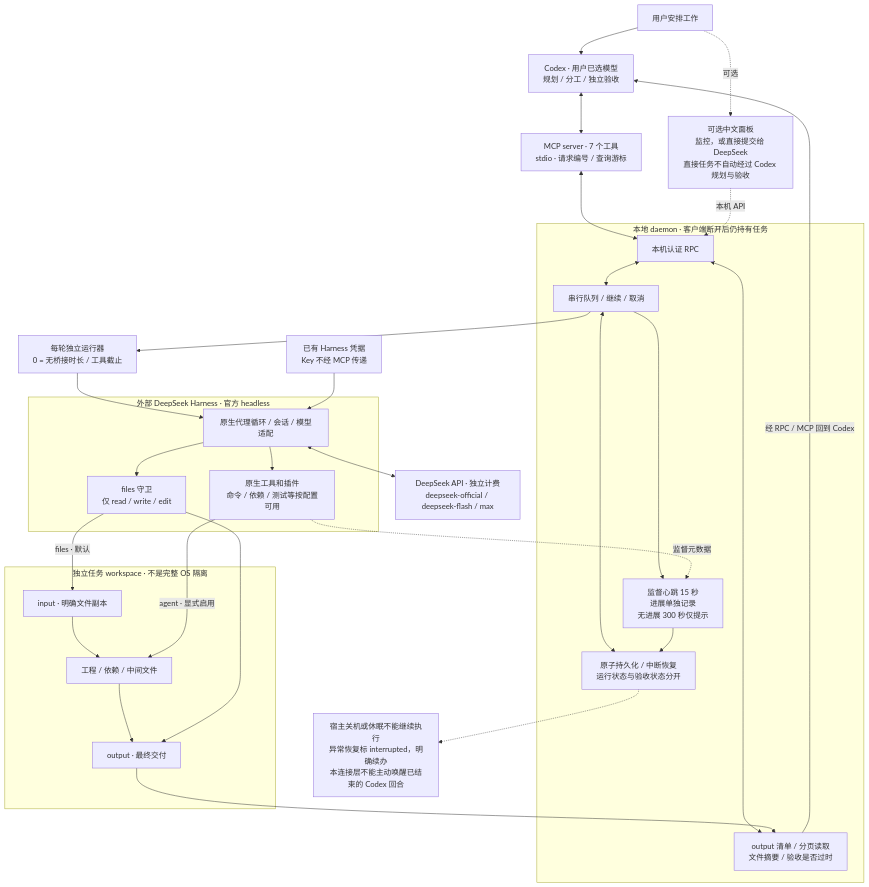
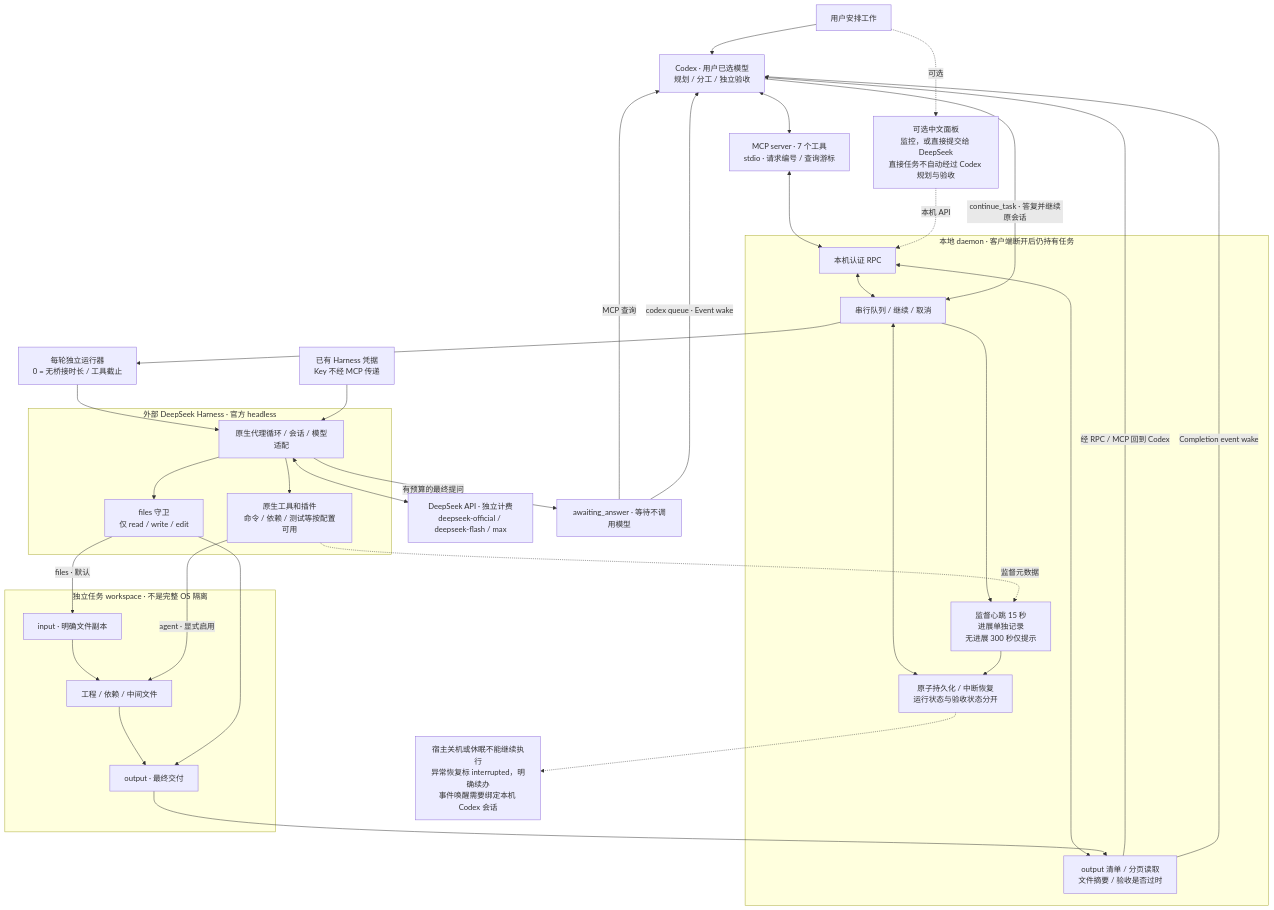
The diagram in docs/architecture.zh-CN.mmd (WiscOBKenobi/codex-deepseek-harness-bridge), drawn with Mermaid before and after one commit. The commit also changed 37 other files, not shown here.

Commit message:
Add bounded DeepSeek questions and event-driven Codex wakeups

```diff
--- a/docs/architecture.zh-CN.mmd
+++ b/docs/architecture.zh-CN.mmd
@@ -1,47 +1,52 @@
 flowchart TB
     user[用户安排工作]
     codex[Codex · 用户已选模型<br/>规划 / 分工 / 独立验收]
     mcp[MCP server · 7 个工具<br/>stdio · 请求编号 / 查询游标]
     ui[可选中文面板<br/>监控，或直接提交给 DeepSeek<br/>直接任务不自动经过 Codex 规划与验收]
     user --> codex
     user -. 可选 .-> ui
     codex <--> mcp
     subgraph daemon[本地 daemon · 客户端断开后仍持有任务]
         rpc[本机认证 RPC]
         queue[串行队列 / 继续 / 取消]
         monitor[监督心跳 15 秒<br/>进展单独记录<br/>无进展 300 秒仅提示]
         state[原子持久化 / 中断恢复<br/>运行状态与验收状态分开]
         result[output 清单 / 分页读取<br/>文件摘要 / 验收是否过时]
         rpc <--> queue
         queue <--> state
         queue --> monitor
         rpc <--> result
     end
     mcp <--> rpc
     ui -. 本机 API .-> rpc
     queue --> runner[每轮独立运行器<br/>0 = 无桥接时长 / 工具截止]
     subgraph harness[外部 DeepSeek Harness · 官方 headless]
         loop[原生代理循环 / 会话 / 模型适配]
         plugins[原生工具和插件<br/>命令 / 依赖 / 测试等按配置可用]
         guard[files 守卫<br/>仅 read / write / edit]
         loop --> plugins
         loop --> guard
     end
     runner --> loop
     loop <--> deepseek[DeepSeek API · 独立计费<br/>deepseek-official / deepseek-flash / max]
     creds[已有 Harness 凭据<br/>Key 不经 MCP 传递] --> loop
     plugins -. 监督元数据 .-> monitor
     subgraph workspace[独立任务 workspace · 不是完整 OS 隔离]
         input[input · 明确文件副本]
         work[工程 / 依赖 / 中间文件]
         output[output · 最终交付]
         input --> work --> output
     end
     plugins -- agent · 显式启用 --> work
     guard -- files · 默认 --> input
     guard --> output
     output --> result
     monitor --> state
     result -- 经 RPC / MCP 回到 Codex --> codex
-    limitation[宿主关机或休眠不能继续执行<br/>异常恢复标 interrupted，明确续办<br/>本连接层不能主动唤醒已结束的 Codex 回合]
+    limitation[宿主关机或休眠不能继续执行<br/>异常恢复标 interrupted，明确续办<br/>事件唤醒需要绑定本机 Codex 会话]
     state -.-> limitation
+    loop -- "有预算的最终提问" --> decision[awaiting_answer · 等待不调用模型]
+    decision -- "MCP 查询" --> codex
+    codex -- "continue_task · 答复并继续原会话" --> queue
+    decision -- "codex queue · Event wake" --> codex
+    result -- "Completion event wake" --> codex
```
